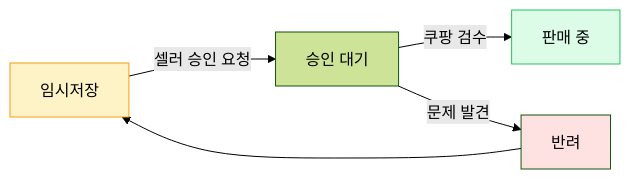
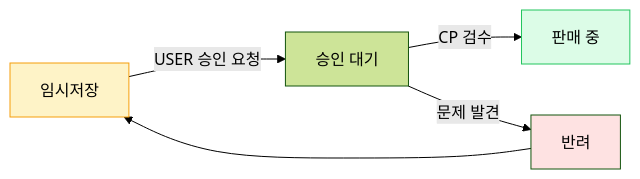
The sixth of 7 diagrams in docs/04-market-strategy/coupang.md (cksdud5785-design/lonit-manual), drawn with Mermaid (forest theme) before and after one commit. The commit also changed other lines of this file and 17 other files, not shown here.

First line of the commit message:
fix: mermaid 한국어 ID → ASCII + 더망고 → T사 일괄 변경

````diff
--- a/docs/04-market-strategy/coupang.md
+++ b/docs/04-market-strategy/coupang.md
@@ -189,11 +189,11 @@
 ```mermaid
 flowchart LR
-    Save[임시저장] -->|셀러 승인 요청| Pend[승인 대기]
-    Pend -->|쿠팡 검수| Live[판매 중]
+    Save[임시저장] -->|USER 승인 요청| Pend[승인 대기]
+    Pend -->|CP 검수| Live[판매 중]
     Pend -->|문제 발견| Reject[반려]
     Reject --> Save
     
     style Save fill:#fef3c7,stroke:#f59e0b
     style Live fill:#dcfce7,stroke:#22c55e
     style Reject fill:#fee2e2
 ```
````
